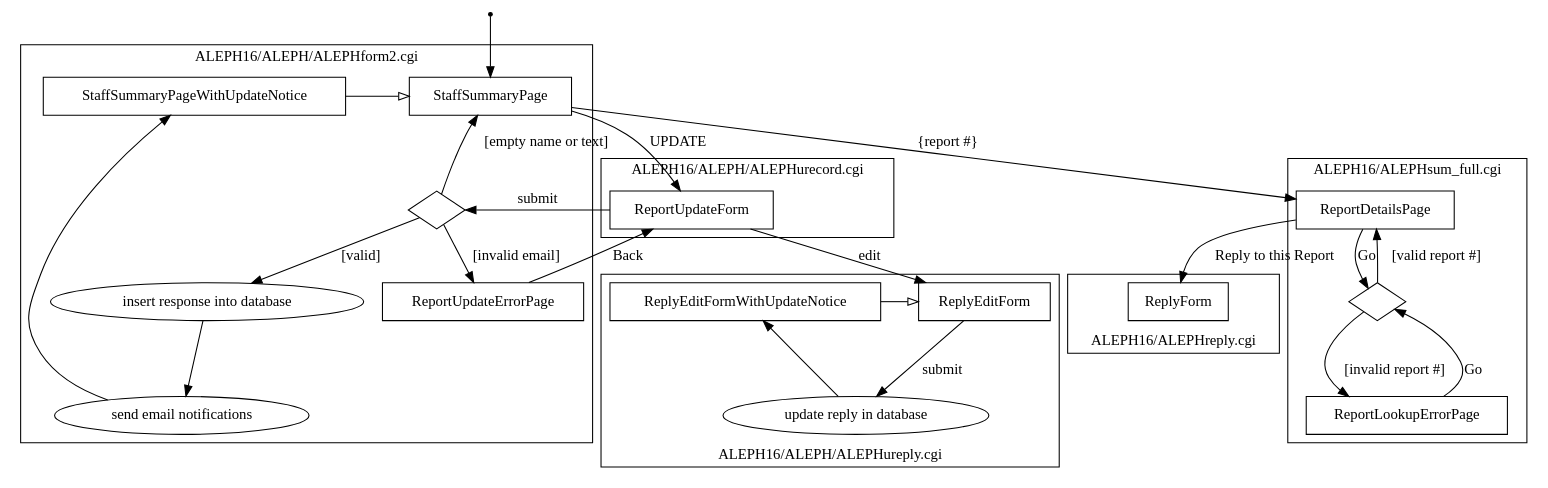
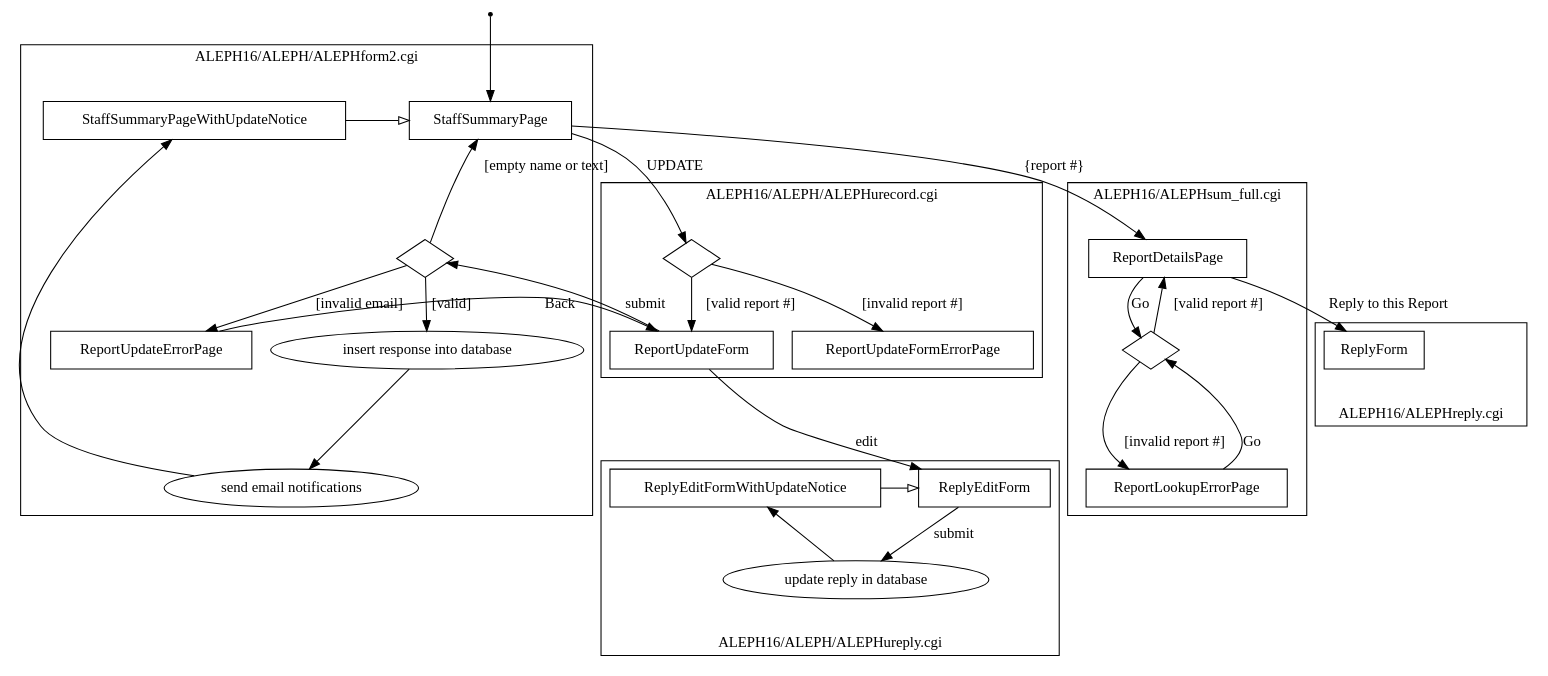
Before and after one commit to umd-lib/alephrx: the diagram in docs/staffresponse.dot, drawn with Graphviz. The commit also changed 1 other file, not shown here.

Commit message:
LIBILS-30: Added POD documentation and comments to the staff report update form. Also added a report update form error page to the page flow diagram for when the requested record ID is invalid.

```diff
--- a/docs/staffresponse.dot
+++ b/docs/staffresponse.dot
@@ -1,92 +1,100 @@
 // The AlephRx staff response and report updating process.
 
 digraph {
     // pages
     node [
         shape = rect
     ]
     StaffSummaryPage
     // subclass-like relation
     StaffSummaryPageWithUpdateNotice -> StaffSummaryPage [ arrowhead = empty ]
     ReportUpdateErrorPage
     ReportUpdateForm
+    ReportUpdateFormErrorPage
     ReplyEditForm
     // subclass-like relation
     ReplyEditFormWithUpdateNotice -> ReplyEditForm [ arrowhead = empty ]
     ReplyForm
     ReportDetailsPage
     ReportLookupErrorPage
 
     // processes
     node [
         shape = ellipse
     ]
     insert_response [ label = "insert response into database" ]
     send_email [ label = "send email notifications" ]
     update_reply [ label = "update reply in database" ]
 
     // error checking
     node [
         shape = diamond
         label = ""
     ]
     validate_response
     validate_report_number
+    validate_report_number_urecord
 
     // set the starting page
     start [ shape = point ]
     start -> StaffSummaryPage
 
     // application flow
-    StaffSummaryPage -> ReportUpdateForm [ label = "UPDATE" ]
+    StaffSummaryPage -> validate_report_number_urecord [ label = "UPDATE" ]
+    validate_report_number_urecord -> ReportUpdateForm
+        [ label = "[valid report #]" ]
+    validate_report_number_urecord -> ReportUpdateFormErrorPage
+        [ label = "[invalid report #]" ]
     ReportUpdateForm -> validate_response [ label = "submit" ]
     validate_response -> insert_response [ label = "[valid]" ]
     validate_response -> ReportUpdateErrorPage [ label = "[invalid email]" ]
     ReportUpdateErrorPage -> ReportUpdateForm [ label = "Back" ]
     validate_response -> StaffSummaryPage [ label = "[empty name or text]" ]
     insert_response -> send_email
     send_email -> StaffSummaryPageWithUpdateNotice
     
     StaffSummaryPage -> ReportDetailsPage [ label = "{report #}" ]
     ReportDetailsPage -> validate_report_number [ label = "Go" ]
     validate_report_number -> ReportLookupErrorPage [ label = "[invalid report #]" ]
     ReportLookupErrorPage -> validate_report_number [ label = "Go" ]
     validate_report_number -> ReportDetailsPage [ label = "[valid report #]" ]
     ReportDetailsPage -> ReplyForm [ label = "Reply to this Report" ]
 
     ReportUpdateForm -> ReplyEditForm [ label = "edit" ]
     ReplyEditForm -> update_reply [ label = "submit" ]
     update_reply -> ReplyEditFormWithUpdateNotice
     
     // group the pages and processes by which script handles them
     subgraph cluster_0 {
         label = "ALEPH16/ALEPH/ALEPHform2.cgi"
         // use rank = min to ensure this page is at the top of the diagram
         { rank = min; StaffSummaryPage StaffSummaryPageWithUpdateNotice }
         ReportUpdateErrorPage
         validate_response
         insert_response
         send_email
     }
     subgraph cluster_1 {
         label = "ALEPH16/ALEPH/ALEPHurecord.cgi"
         ReportUpdateForm
+        ReportUpdateFormErrorPage
+        validate_report_number_urecord
     }
     subgraph cluster_2 {
         label = "ALEPH16/ALEPH/ALEPHureply.cgi"
         labelloc = b
         { rank = min; ReplyEditForm ReplyEditFormWithUpdateNotice }
         update_reply
     }
     subgraph cluster_3 {
         label = "ALEPH16/ALEPHsum_full.cgi"
         ReportDetailsPage
         validate_report_number
         ReportLookupErrorPage
     }
     subgraph cluster_4 {
         label = "ALEPH16/ALEPHreply.cgi"
         labelloc = b
         ReplyForm
     }
 }
```
